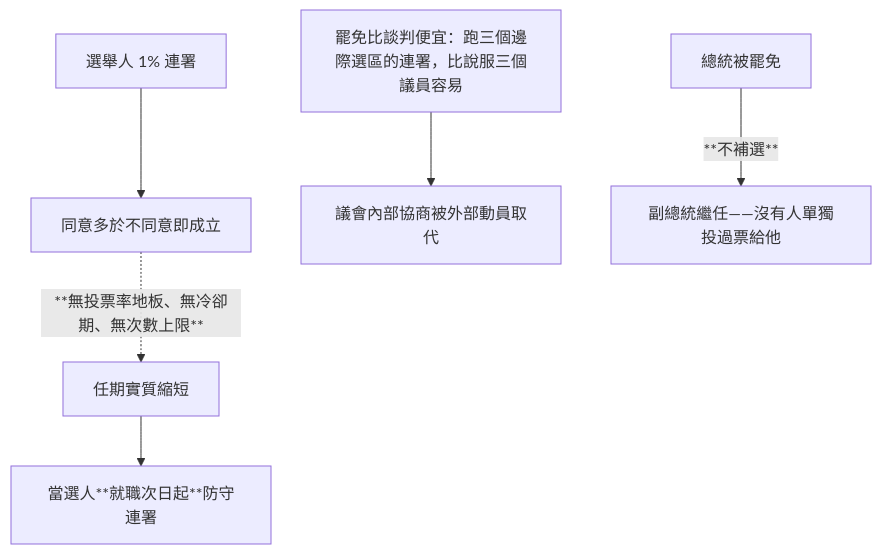
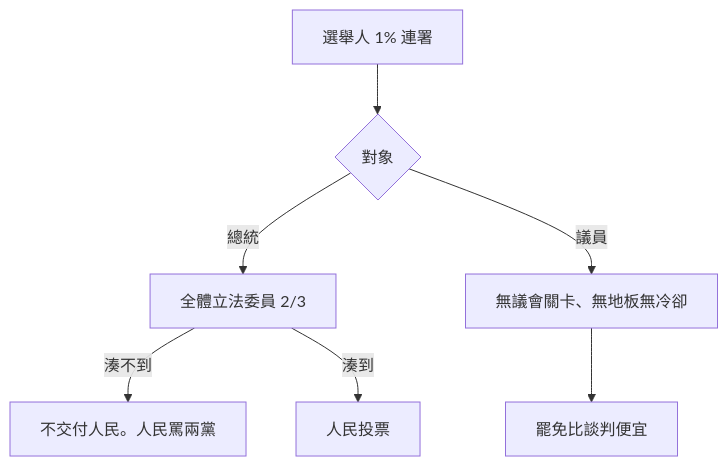
The sixth of 9 diagrams in topics/regime-designs/designs/台灣/一院總統制-惡搞/憲政架構圖.md (IRonROOT578/Political-Economy-Research-Public), drawn with Mermaid before and after one commit. The commit also changed other lines of this file and 128 other files, not shown here.

````diff
--- a/topics/regime-designs/designs/台灣/一院總統制-惡搞/憲政架構圖.md
+++ b/topics/regime-designs/designs/台灣/一院總統制-惡搞/憲政架構圖.md
@@ -72,9 +69,9 @@
 ```mermaid
 flowchart TD
-  Sign[選舉人 1% 連署] --> Vote[同意多於不同意即成立]
-  Vote -.->|**無投票率地板、無冷卻期、無次數上限**| Recall[任期實質縮短]
-  Recall --> Defend[當選人**就職次日起**防守連署]
-  Cheap[罷免比談判便宜：跑三個邊際選區的連署，比說服三個議員容易]
-  Cheap --> Replace[議會內部協商被外部動員取代]
-  Pres[總統被罷免] -->|**不補選**| VP[副總統繼任——沒有人單獨投過票給他]
+  Sign[選舉人 1% 連署] --> Gate{對象}
+  Gate -->|總統| LY[全體立法委員 2/3]
+  LY -->|湊不到| Block[不交付人民。人民罵兩黨]
+  LY -->|湊到| Vote[人民投票]
+  Gate -->|議員| Easy[無議會關卡、無地板無冷卻]
+  Easy --> Cheap[罷免比談判便宜]
 ```
````
